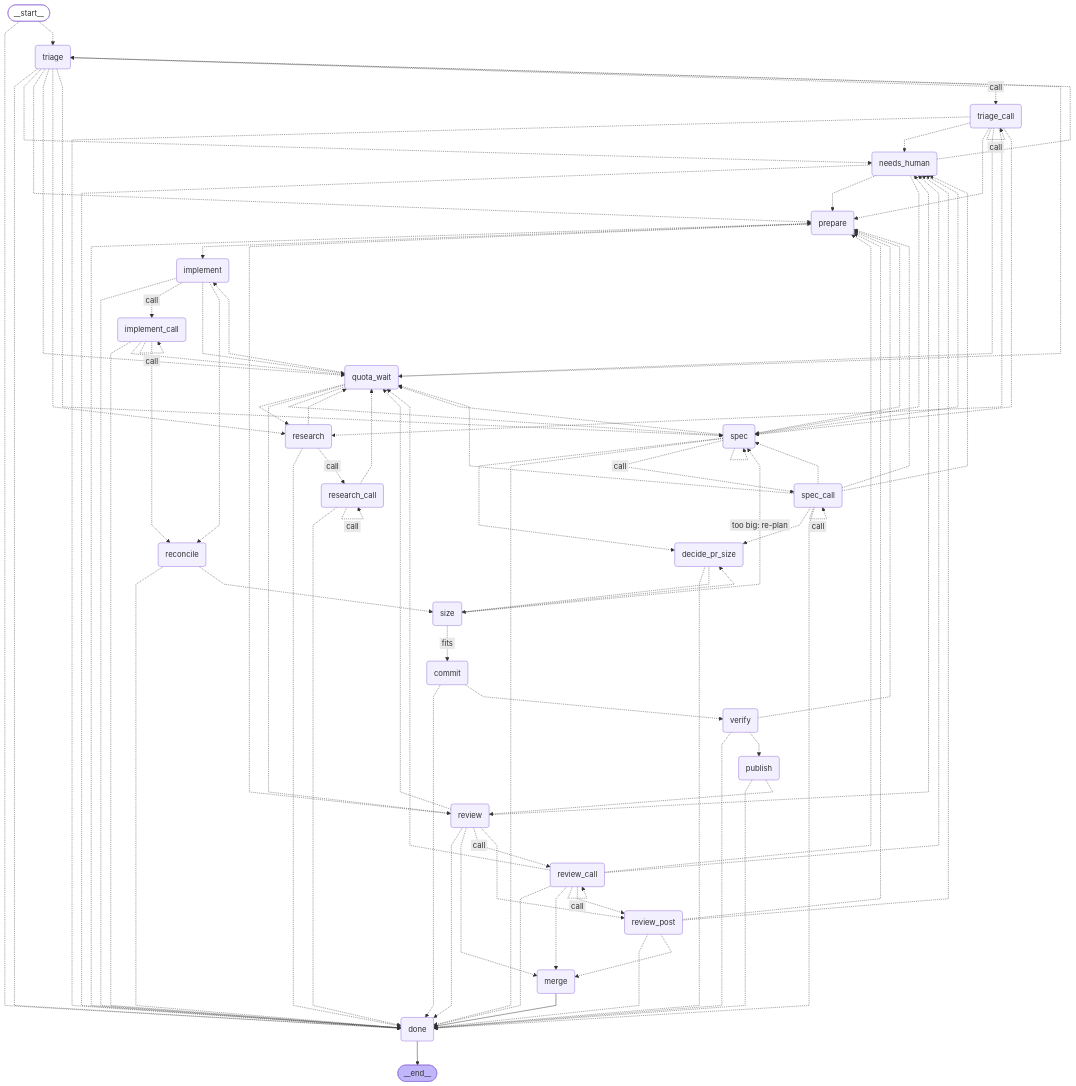
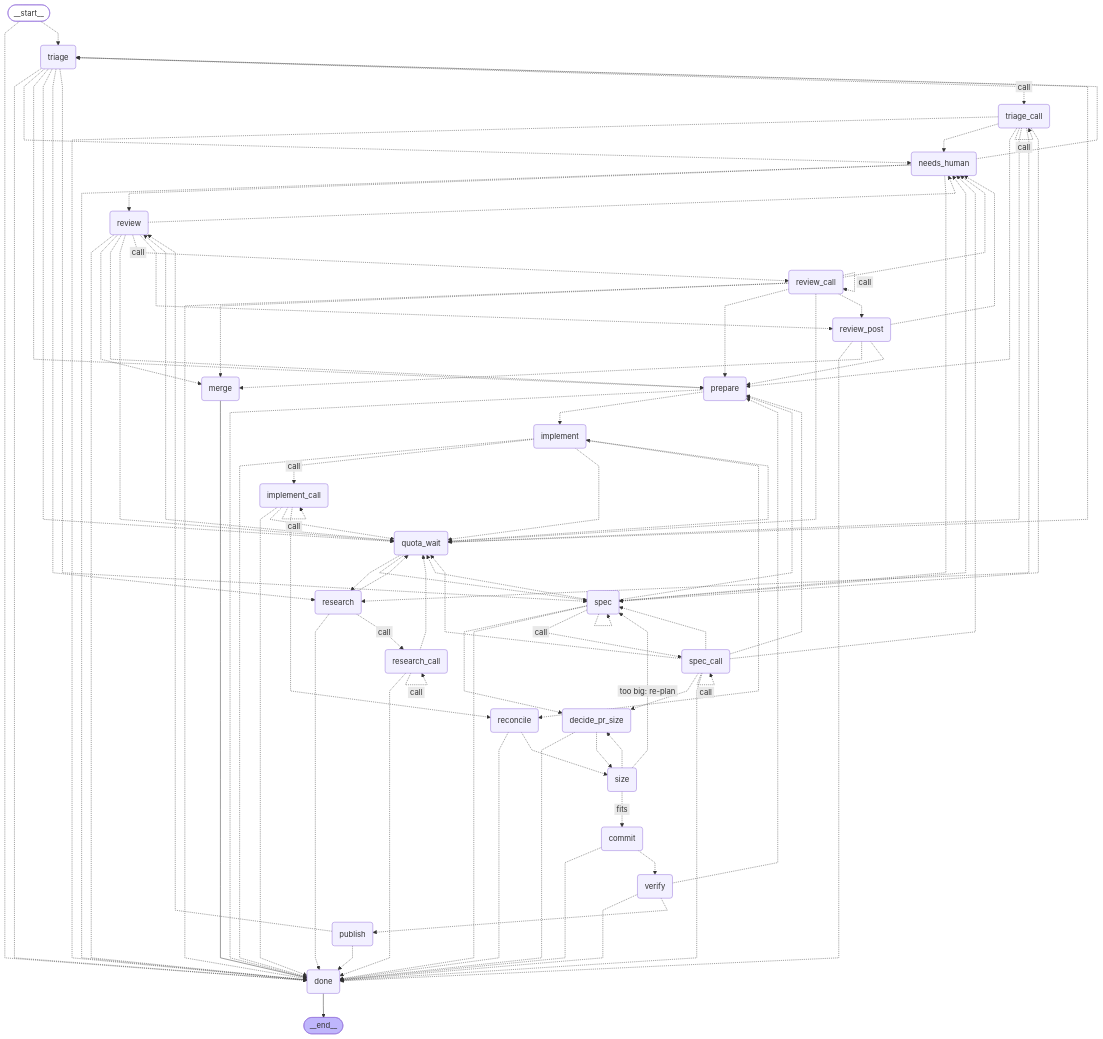
The diagram in docs/graph/delivery.mmd (bookout-labs/tools), drawn with Mermaid before and after one commit. The commit also changed 21 other files, not shown here.

```diff
--- a/docs/graph/delivery.mmd
+++ b/docs/graph/delivery.mmd
@@ -1,122 +1,122 @@
 ---
 config:
   flowchart:
     curve: linear
 ---
 graph TD;
 	__start__([<p>__start__</p>]):::first
 	triage(triage)
 	triage_call(triage_call)
 	research(research)
 	research_call(research_call)
 	spec(spec)
 	spec_call(spec_call)
 	implement(implement)
 	implement_call(implement_call)
 	review(review)
 	review_call(review_call)
 	verify(verify)
 	prepare(prepare)
 	reconcile(reconcile)
 	size(size)
 	commit(commit)
 	publish(publish)
 	review_post(review_post)
 	needs_human(needs_human)
 	quota_wait(quota_wait)
 	decide_pr_size(decide_pr_size)
 	merge(merge)
 	done(done)
 	__end__([<p>__end__</p>]):::last
 	__start__ -.-> done;
 	__start__ -.-> triage;
 	commit -.-> done;
 	commit -.-> verify;
 	decide_pr_size -.-> done;
 	decide_pr_size -.-> size;
 	implement -.-> done;
 	implement -. &nbsp;call&nbsp; .-> implement_call;
 	implement -.-> quota_wait;
 	implement -.-> reconcile;
 	implement_call -.-> done;
 	implement_call -.-> quota_wait;
 	implement_call -.-> reconcile;
 	merge --> done;
 	needs_human -.-> done;
-	needs_human -.-> prepare;
+	needs_human -.-> review;
 	needs_human -.-> spec;
 	needs_human -.-> triage;
 	prepare -.-> done;
 	prepare -.-> implement;
 	publish -.-> done;
 	publish -.-> review;
 	quota_wait -.-> implement;
 	quota_wait -.-> research;
 	quota_wait -.-> review;
 	quota_wait -.-> spec;
 	quota_wait -.-> triage;
 	reconcile -.-> done;
 	reconcile -.-> size;
 	research -.-> done;
 	research -.-> quota_wait;
 	research -. &nbsp;call&nbsp; .-> research_call;
 	research_call -.-> done;
 	research_call -.-> quota_wait;
 	review -.-> done;
 	review -.-> merge;
 	review -.-> needs_human;
 	review -.-> prepare;
 	review -.-> quota_wait;
 	review -. &nbsp;call&nbsp; .-> review_call;
 	review -.-> review_post;
 	review_call -.-> done;
 	review_call -.-> merge;
 	review_call -.-> needs_human;
 	review_call -.-> prepare;
 	review_call -.-> quota_wait;
 	review_call -.-> review_post;
 	review_post -.-> done;
 	review_post -.-> merge;
 	review_post -.-> needs_human;
 	review_post -.-> prepare;
 	size -. &nbsp;fits&nbsp; .-> commit;
 	size -.-> decide_pr_size;
 	size -. &nbsp;too big: re-plan&nbsp; .-> spec;
 	spec -.-> decide_pr_size;
 	spec -.-> done;
 	spec -.-> needs_human;
 	spec -.-> prepare;
 	spec -.-> quota_wait;
 	spec -. &nbsp;call&nbsp; .-> spec_call;
 	spec_call -.-> decide_pr_size;
 	spec_call -.-> done;
 	spec_call -.-> needs_human;
 	spec_call -.-> prepare;
 	spec_call -.-> quota_wait;
 	spec_call -.-> spec;
 	triage -.-> done;
 	triage -.-> needs_human;
 	triage -.-> prepare;
 	triage -.-> quota_wait;
 	triage -.-> research;
 	triage -.-> spec;
 	triage -. &nbsp;call&nbsp; .-> triage_call;
 	triage_call -.-> done;
 	triage_call -.-> needs_human;
 	triage_call -.-> prepare;
 	triage_call -.-> quota_wait;
 	triage_call -.-> research;
 	triage_call -.-> spec;
 	verify -.-> done;
 	verify -.-> prepare;
 	verify -.-> publish;
 	done --> __end__;
 	implement_call -. &nbsp;call&nbsp; .-> implement_call;
 	research_call -. &nbsp;call&nbsp; .-> research_call;
 	review_call -. &nbsp;call&nbsp; .-> review_call;
 	spec -.-> spec;
 	spec_call -. &nbsp;call&nbsp; .-> spec_call;
 	triage_call -. &nbsp;call&nbsp; .-> triage_call;
 	classDef default fill:#f2f0ff,line-height:1.2
 	classDef first fill-opacity:0
 	classDef last fill:#bfb6fc
```
